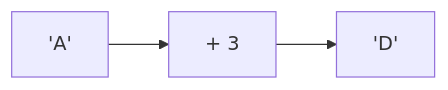
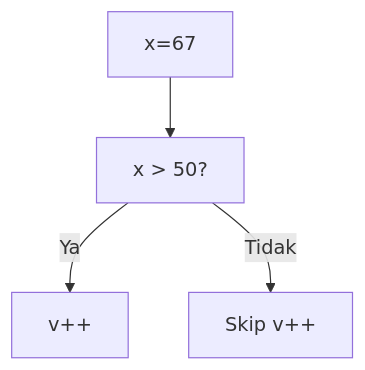
Before and after one commit to amnahwaida/OSNK_INF_PREP: the fifth of 25 diagrams in part-c-pemahaman-cpp/02-percabangan/latihan/set-04.md, drawn with Mermaid. The commit also changed other lines of this file and 71 other files, not shown here.

````diff
--- a/part-c-pemahaman-cpp/02-percabangan/latihan/set-04.md
+++ b/part-c-pemahaman-cpp/02-percabangan/latihan/set-04.md
@@ -180,5 +133,6 @@
 ```mermaid
-graph LR
-A["'A'"] --> B["+ 3"]
-B --> C["'D'"]
+graph TD
+A["x=67"] --> B["x > 50?"]
+B -- Ya --> C["v++"]
+B -- Tidak --> D["Skip v++"]
 ```
````
